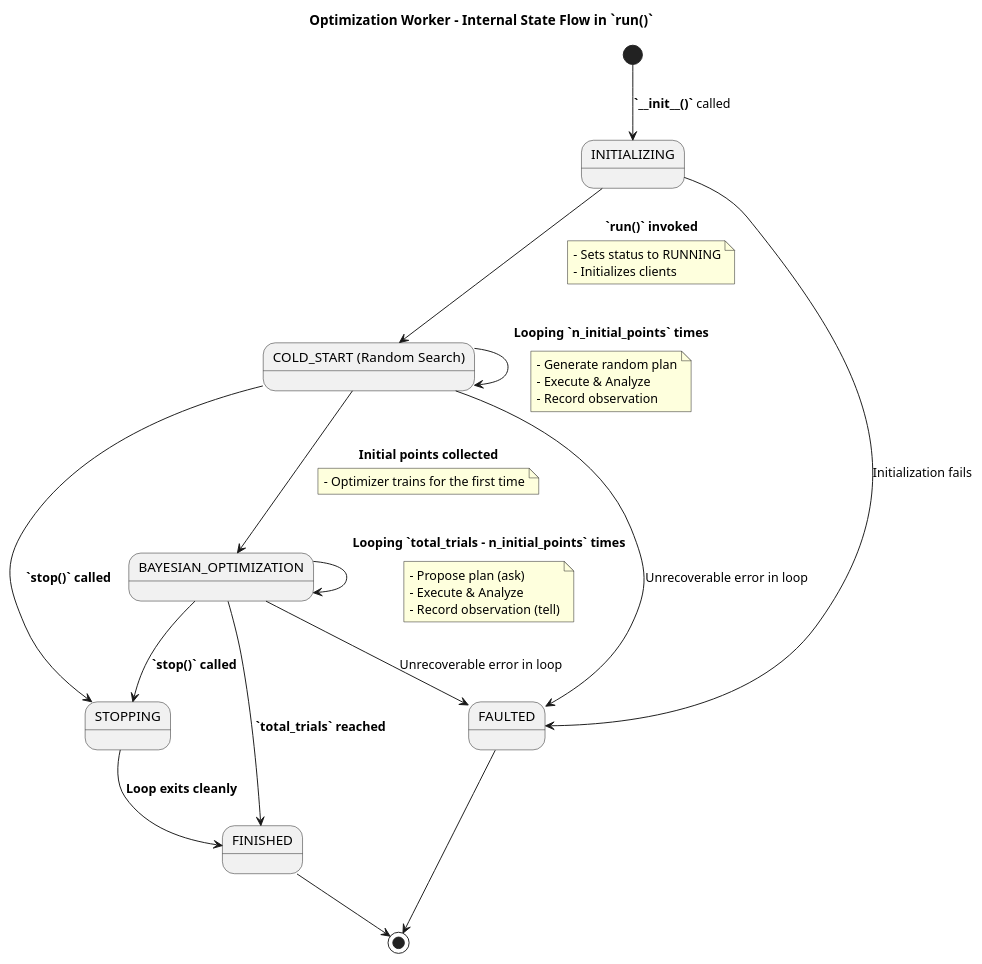
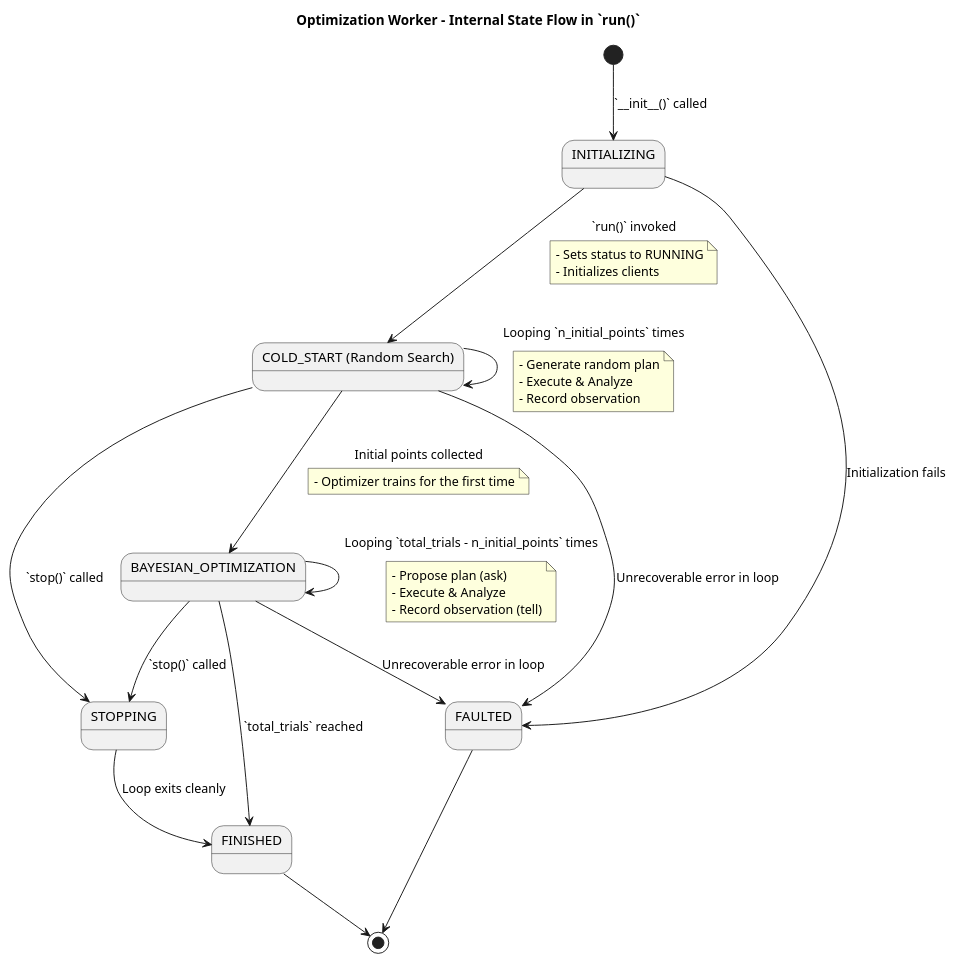
Before and after one commit to kalahetun/Minesweeper: the seventh of 7 diagrams in recommender/docs/design_doc/Design_1_CoordinatorService.md, drawn with PlantUML. The commit also changed other lines of this file and 27 other files, not shown here.

````diff
--- a/recommender/docs/design_doc/Design_1_CoordinatorService.md
+++ b/recommender/docs/design_doc/Design_1_CoordinatorService.md
@@ -511,55 +511,55 @@
 ```plantuml
 @startuml
 title Optimization Worker - Internal State Flow in `run()`
 
 state "INITIALIZING"
 state "COLD_START (Random Search)" as ColdStart
 state "BAYESIAN_OPTIMIZATION" as BayesOpt
 state "STOPPING"
 state "FINISHED"
 state "FAULTED"
 
-[*] --> INITIALIZING: **`__init__()`** called
+[*] --> INITIALIZING: `__init__()` called
 
-INITIALIZING --> ColdStart: **`run()` invoked**
+INITIALIZING --> ColdStart: `run()` invoked
 note on link
   - Sets status to RUNNING
   - Initializes clients
 end note
 
-ColdStart --> ColdStart: **Looping `n_initial_points` times**
+ColdStart --> ColdStart: Looping `n_initial_points` times
 note on link
   - Generate random plan
   - Execute & Analyze
   - Record observation
 end note
 
-ColdStart --> BayesOpt: **Initial points collected**
+ColdStart --> BayesOpt: Initial points collected
 note on link
   - Optimizer trains for the first time
 end note
 
-BayesOpt --> BayesOpt: **Looping `total_trials - n_initial_points` times**
+BayesOpt --> BayesOpt: Looping `total_trials - n_initial_points` times
 note on link
   - Propose plan (ask)
   - Execute & Analyze
   - Record observation (tell)
 end note
 
-BayesOpt --> FINISHED: **`total_trials` reached**
+BayesOpt --> FINISHED: `total_trials` reached
 
-' --- Stop path ---
-ColdStart --> STOPPING: **`stop()` called**
-BayesOpt --> STOPPING: **`stop()` called**
-STOPPING --> FINISHED: **Loop exits cleanly**
+'  Stop path 
+ColdStart --> STOPPING: `stop()` called
+BayesOpt --> STOPPING: `stop()` called
+STOPPING --> FINISHED: Loop exits cleanly
 
-' --- Fault path ---
+'  Fault path 
 INITIALIZING --> FAULTED: Initialization fails
 ColdStart --> FAULTED: Unrecoverable error in loop
 BayesOpt --> FAULTED: Unrecoverable error in loop
 
 FINISHED --> [*]
 FAULTED --> [*]
 
 @enduml
 ```
````
